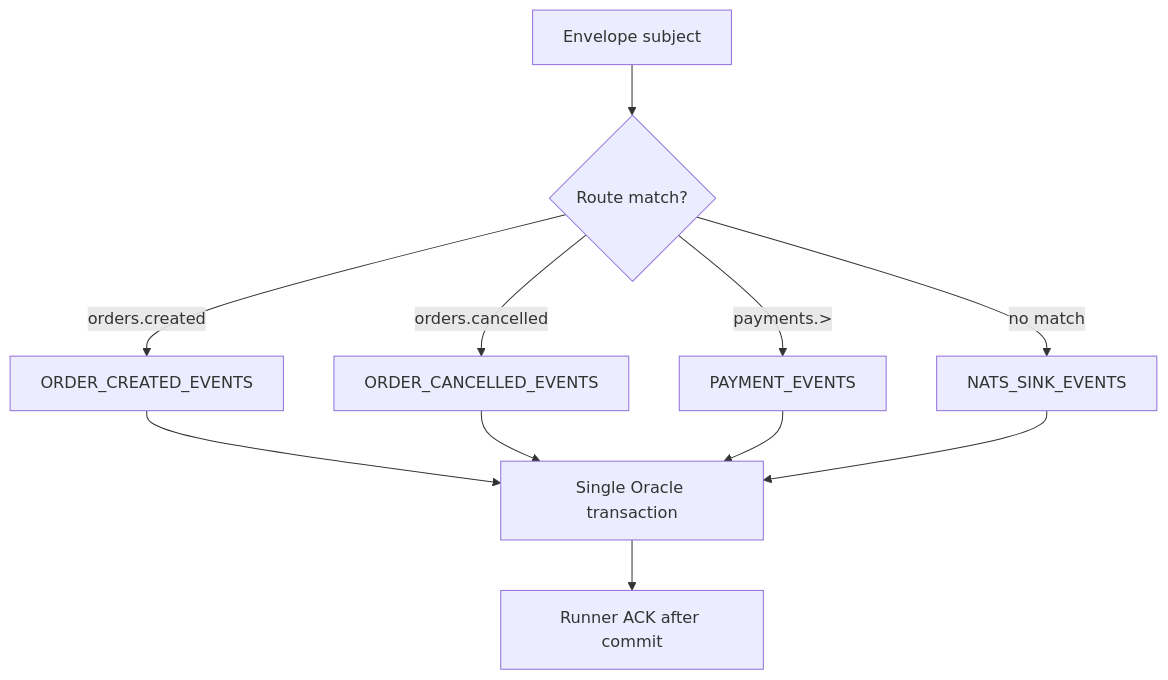
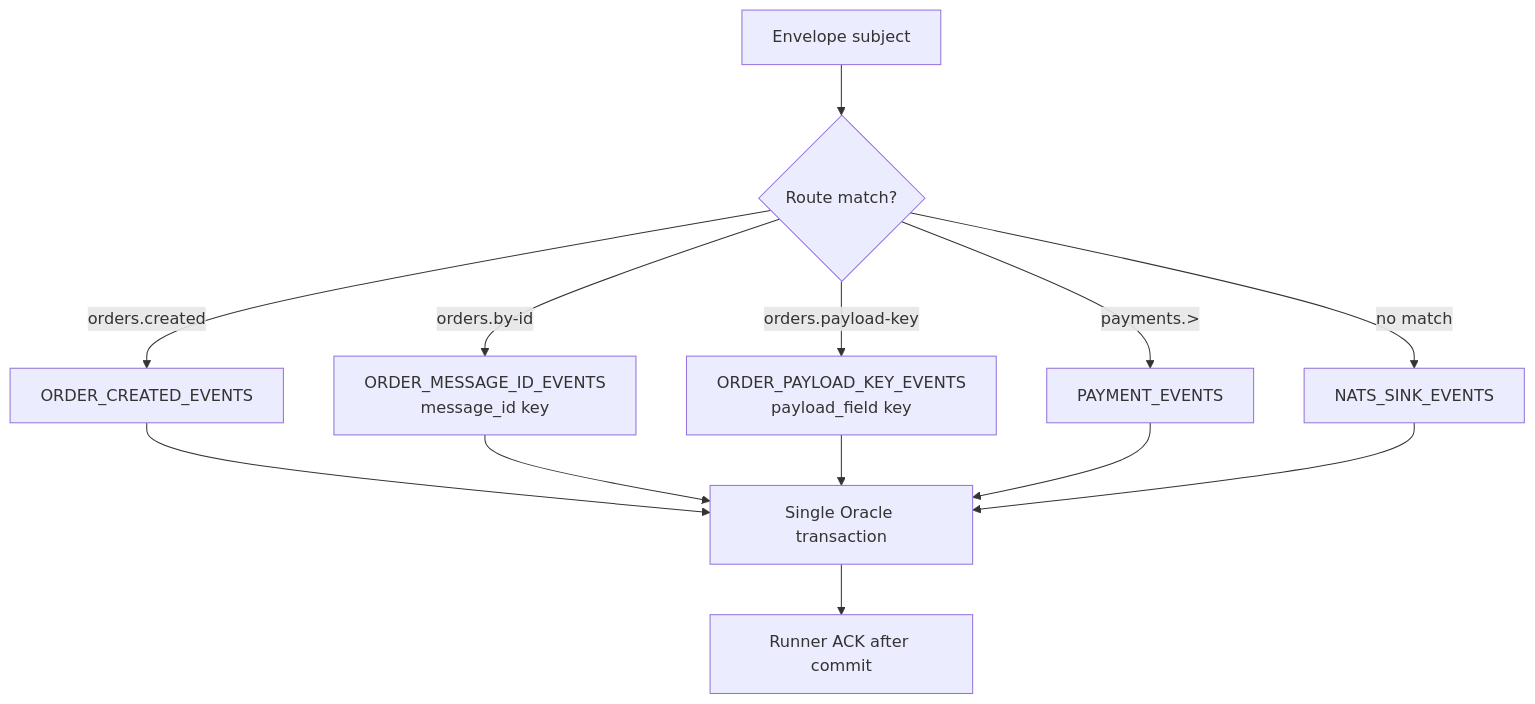
The seventh of 8 diagrams in docs/oracle-sink.md (ProjectCuillin/nats-sinks), drawn with Mermaid before and after one commit. The commit also changed other lines of this file and 87 other files, not shown here.

````diff
--- a/docs/oracle-sink.md
+++ b/docs/oracle-sink.md
@@ -1129,13 +1246,15 @@
 ```mermaid
 flowchart TD
     M[Envelope subject] --> R{Route match?}
     R -->|orders.created| T1[ORDER_CREATED_EVENTS]
-    R -->|orders.cancelled| T2[ORDER_CANCELLED_EVENTS]
-    R -->|payments.>| T3[PAYMENT_EVENTS]
+    R -->|orders.by-id| T2[ORDER_MESSAGE_ID_EVENTS<br/>message_id key]
+    R -->|orders.payload-key| T3[ORDER_PAYLOAD_KEY_EVENTS<br/>payload_field key]
+    R -->|payments.>| T4[PAYMENT_EVENTS]
     R -->|no match| D[NATS_SINK_EVENTS]
     T1 --> C[Single Oracle transaction]
     T2 --> C
     T3 --> C
+    T4 --> C
     D --> C
     C --> ACK[Runner ACK after commit]
 ```
````
